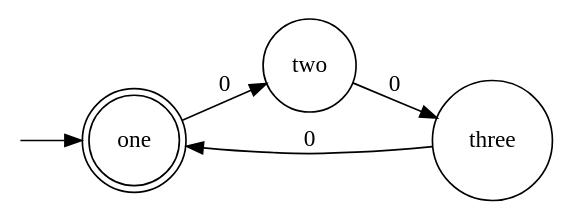
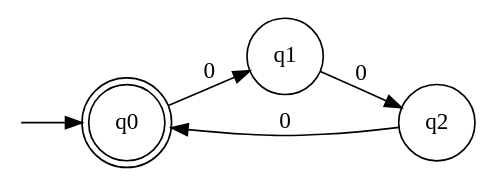
One commit to jing3387/dfa changed the diagram in mult3.dot. Above: the diagram before and after it, drawn with Graphviz. The commit also changed 6 other files, not shown here.

Commit message:
Recognises the alphabet attribute of the graph and additional robustness

```diff
--- a/mult3.dot
+++ b/mult3.dot
@@ -1,13 +1,14 @@
 digraph DFA {
   // Configuration
   rankdir=LR
-  node [shape=doublecircle] one
-  node [shape=circle] two three
+  node [shape=doublecircle] q0
+  node [shape=circle] q1 q2
   node [shape=none label="" width=0 height=0] start
 
   // Definition
-  start -> one
-  one -> two [label="0"]
-  two -> three [label="0"]
-  three -> one [label="0"]
+  Sigma="0"
+  start -> q0
+  q0 -> q1 [label="0"]
+  q1 -> q2 [label="0"]
+  q2 -> q0 [label="0"]
 }
```
